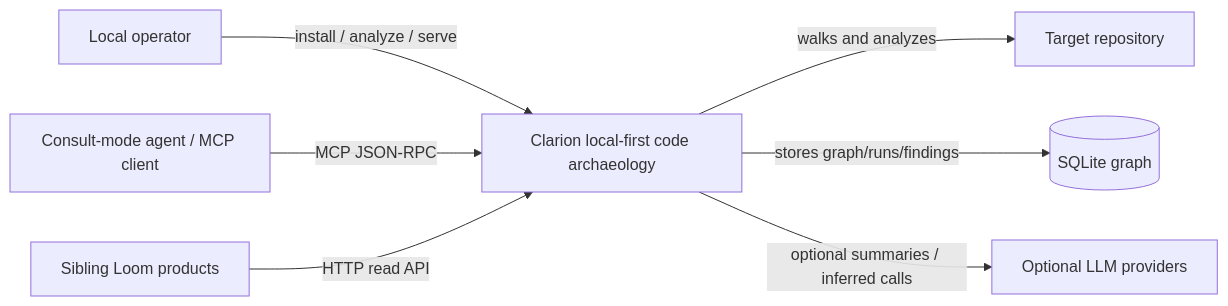
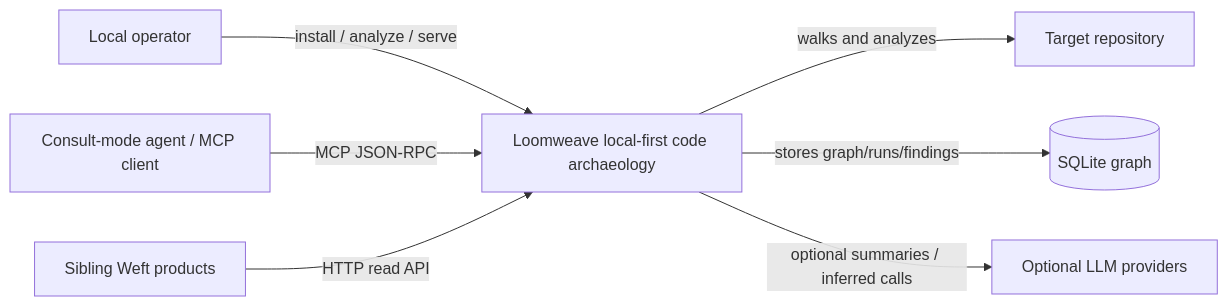
The first of 6 diagrams in docs/implementation/arch-analysis-2026-05-20-2124/03-diagrams.md (foundryside-dev/loomweave), drawn with Mermaid before and after one commit. The commit also changed other lines of this file and 614 other files, not shown here.

First line of the commit message:
refactor!: rename Clarion→Loomweave, Loom→Weft; recut 1.3.0→1.0.0

````diff
--- a/docs/implementation/arch-analysis-2026-05-20-2124/03-diagrams.md
+++ b/docs/implementation/arch-analysis-2026-05-20-2124/03-diagrams.md
@@ -8,17 +8,17 @@
 ```mermaid
 flowchart LR
     Operator[Local operator]
     Agent[Consult-mode agent / MCP client]
-    Sibling[Sibling Loom products]
+    Sibling[Sibling Weft products]
     Provider[Optional LLM providers]
     Repo[Target repository]
-    Clarion[Clarion local-first code archaeology]
+    Loomweave[Loomweave local-first code archaeology]
     DB[(SQLite graph)]
 
-    Operator -->|install / analyze / serve| Clarion
-    Clarion -->|walks and analyzes| Repo
-    Clarion -->|stores graph/runs/findings| DB
-    Agent -->|MCP JSON-RPC| Clarion
-    Sibling -->|HTTP read API| Clarion
-    Clarion -->|optional summaries / inferred calls| Provider
+    Operator -->|install / analyze / serve| Loomweave
+    Loomweave -->|walks and analyzes| Repo
+    Loomweave -->|stores graph/runs/findings| DB
+    Agent -->|MCP JSON-RPC| Loomweave
+    Sibling -->|HTTP read API| Loomweave
+    Loomweave -->|optional summaries / inferred calls| Provider
 ```
````
